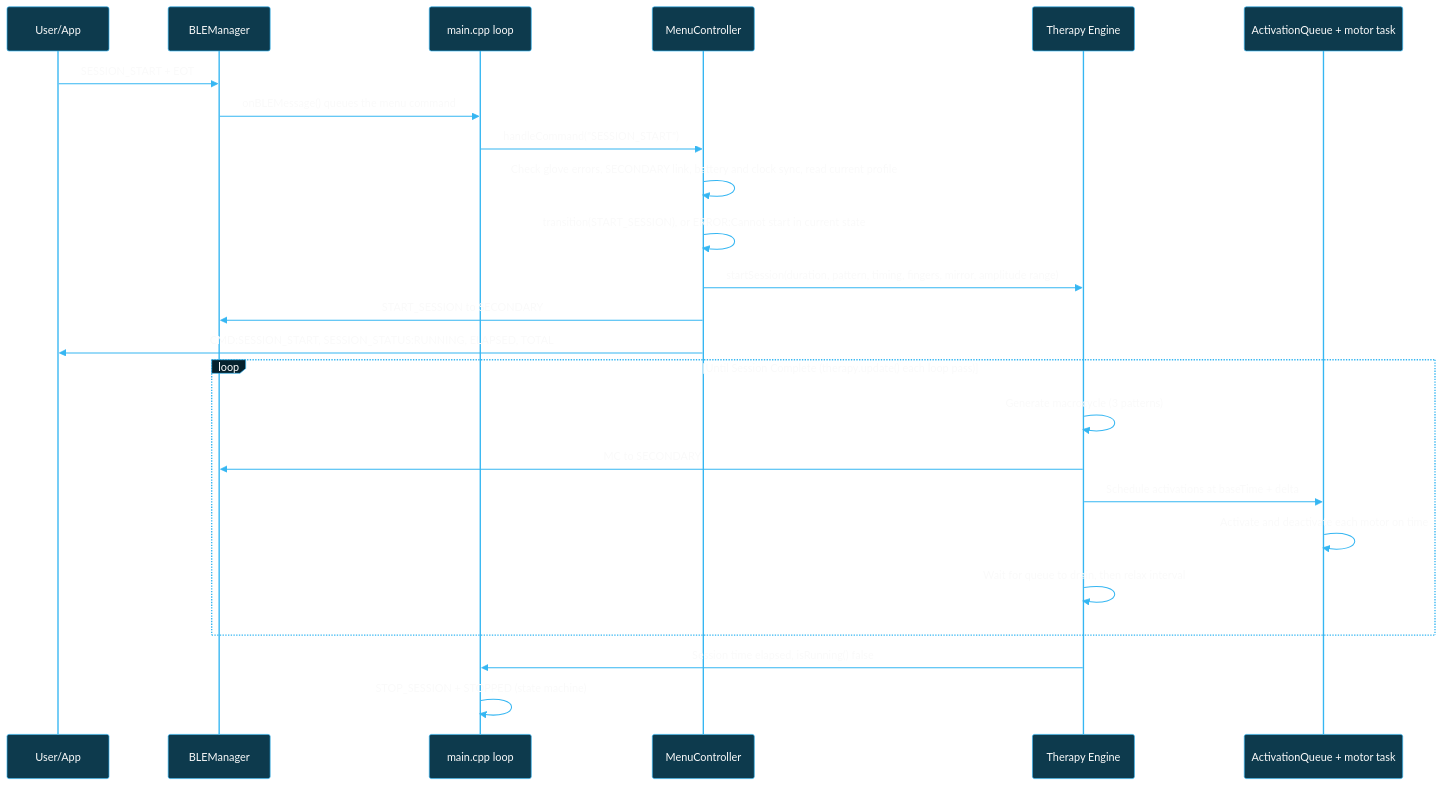
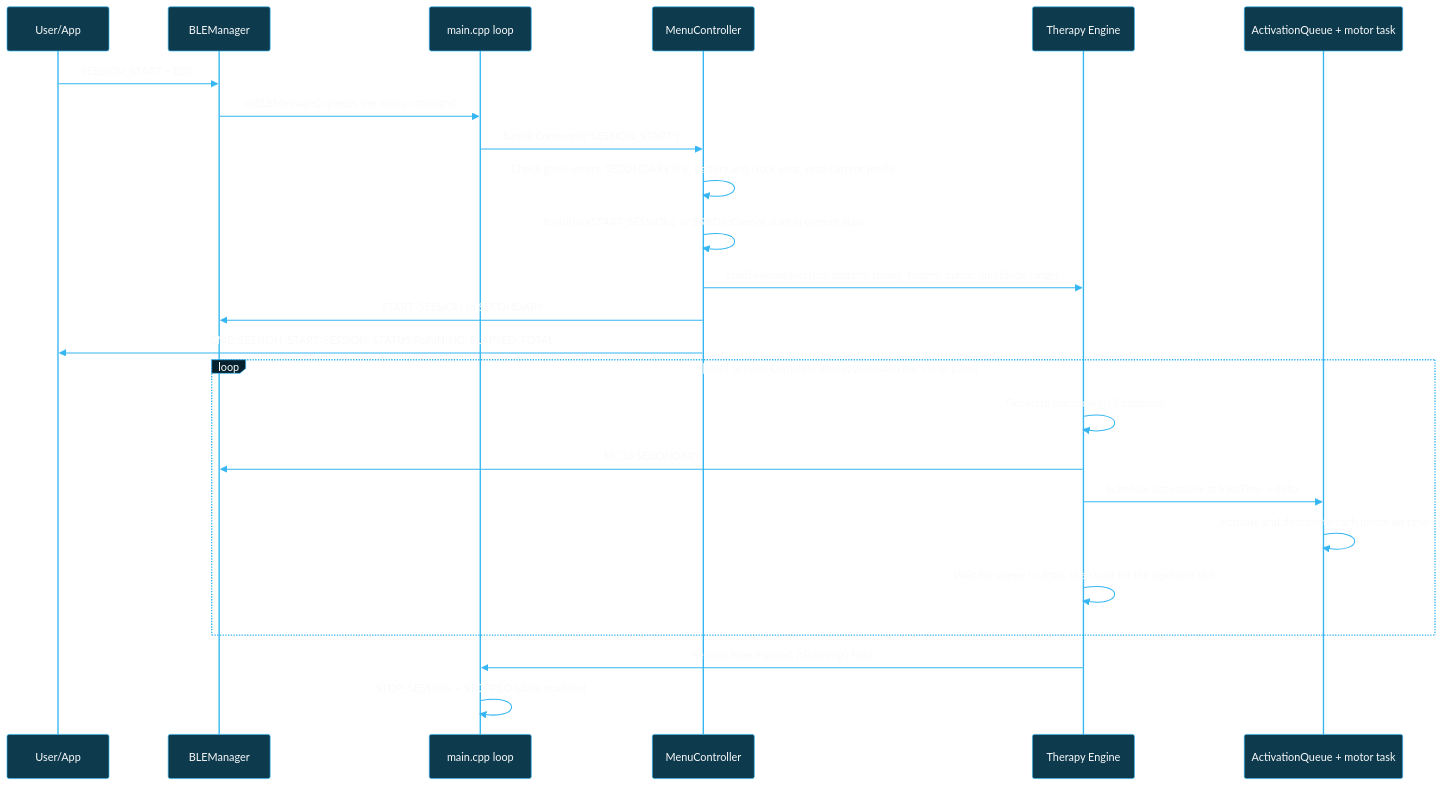
The fifth of 6 diagrams in docs/ARCHITECTURE.md (BlueBuzzah/BlueBuzzah-Firmware), drawn with Mermaid before and after one commit. The commit also changed other lines of this file and 8 other files, not shown here.

````diff
--- a/docs/ARCHITECTURE.md
+++ b/docs/ARCHITECTURE.md
@@ -1464,54 +1464,54 @@
 ```mermaid
 %%{init: {'theme': 'base', 'themeVariables': {
   'primaryColor': '#0d3a4d',
   'primaryTextColor': '#fafafa',
   'primaryBorderColor': '#35B6F2',
   'lineColor': '#35B6F2',
   'secondaryColor': '#05212D',
   'tertiaryColor': '#0a0a0a',
   'background': '#0a0a0a',
   'actorBkg': '#0d3a4d',
   'actorBorder': '#35B6F2',
   'actorTextColor': '#fafafa',
   'actorLineColor': '#35B6F2',
   'signalColor': '#35B6F2',
   'signalTextColor': '#fafafa',
   'labelBoxBkgColor': '#05212D',
   'labelBoxBorderColor': '#35B6F2',
   'labelTextColor': '#fafafa',
   'loopTextColor': '#fafafa',
   'noteBkgColor': '#05212D',
   'noteBorderColor': '#35B6F2',
   'noteTextColor': '#fafafa',
   'activationBkgColor': '#0d3a4d',
   'activationBorderColor': '#35B6F2',
   'sequenceNumberColor': '#fafafa'
 }}}%%
 sequenceDiagram
     participant U as User/App
     participant B as BLEManager
     participant L as main.cpp loop
     participant M as MenuController
     participant TE as Therapy Engine
     participant Q as ActivationQueue + motor task
 
     U->>B: SESSION_START + EOT
     B->>L: onBLEMessage() queues the menu command
     L->>M: handleCommand("SESSION_START")
     M->>M: Check glove errors, SECONDARY link, battery and clock sync, read current profile
     M->>M: transition(START_SESSION), or ERROR:Cannot start in current state
     M->>TE: startSession(duration, pattern, timing, fingers, mirror, amplitude range)
     M->>B: START_SESSION to SECONDARY
     M->>U: CMD:SESSION_START, SESSION_STATUS:RUNNING, ELAPSED, TOTAL
 
     loop Until Session Complete (therapy.update() each loop pass)
         TE->>TE: Generate macrocycle (3 patterns)
         TE->>B: MC to SECONDARY
         TE->>Q: Schedule activations at baseTime + delta
         Q->>Q: Activate and deactivate each motor on time
-        TE->>TE: Wait for queue to drain, then relax interval
+        TE->>TE: Wait for queue to drain, then wait for the next grid slot
     end
 
     TE->>L: Session time elapsed, isRunning() false
     L->>L: STOP_SESSION + STOPPED (state machine)
 ```
````
